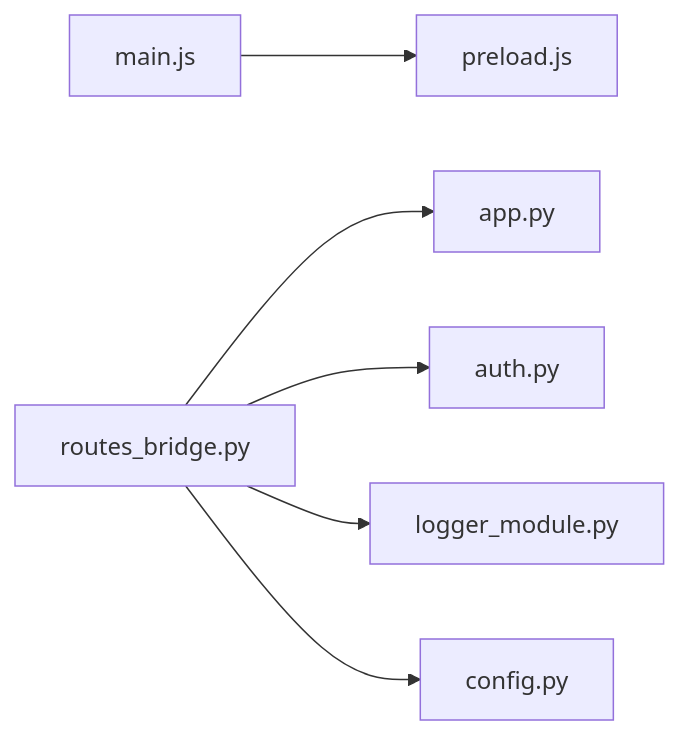
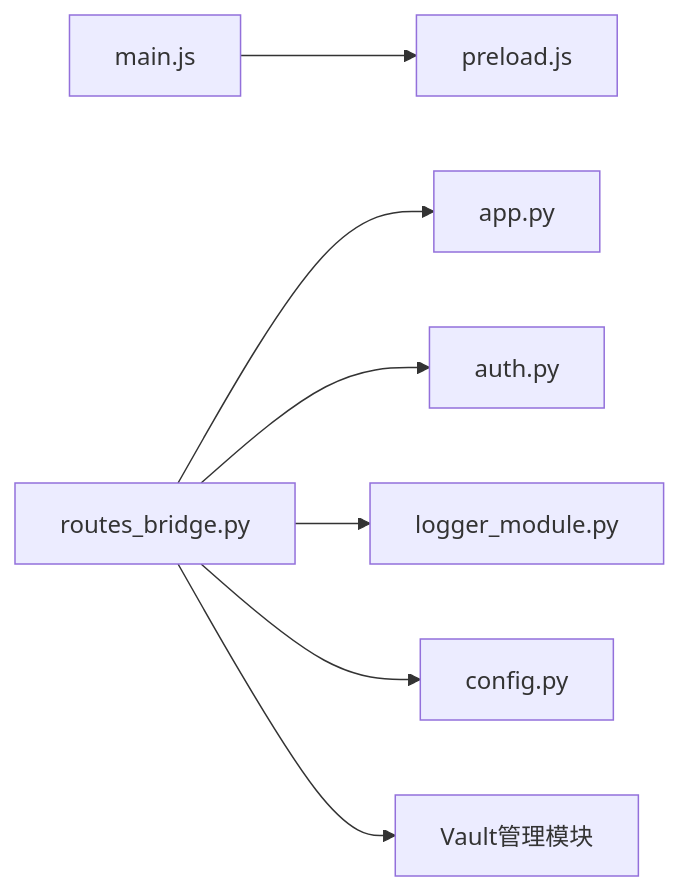
One commit to abokyoy/LectureLearnLoop changed the seventh of 7 diagrams in .qoder/repowiki/zh/content/后端架构/路由设计/桥接路由.md. Above: the diagram before and after it, drawn with Mermaid. The commit also changed other lines of this file and 91 other files, not shown here.

````diff
--- a/.qoder/repowiki/zh/content/后端架构/路由设计/桥接路由.md
+++ b/.qoder/repowiki/zh/content/后端架构/路由设计/桥接路由.md
@@ -297,8 +356,9 @@
 ```mermaid
 graph LR
 MainJS["main.js"] --> PreloadJS["preload.js"]
 RoutesBridge["routes_bridge.py"] --> AppPy["app.py"]
 RoutesBridge --> AuthPy["auth.py"]
 RoutesBridge --> LoggerPy["logger_module.py"]
 RoutesBridge --> ConfigPy["config.py"]
+RoutesBridge --> VaultModule["Vault管理模块"]
 ```
````
